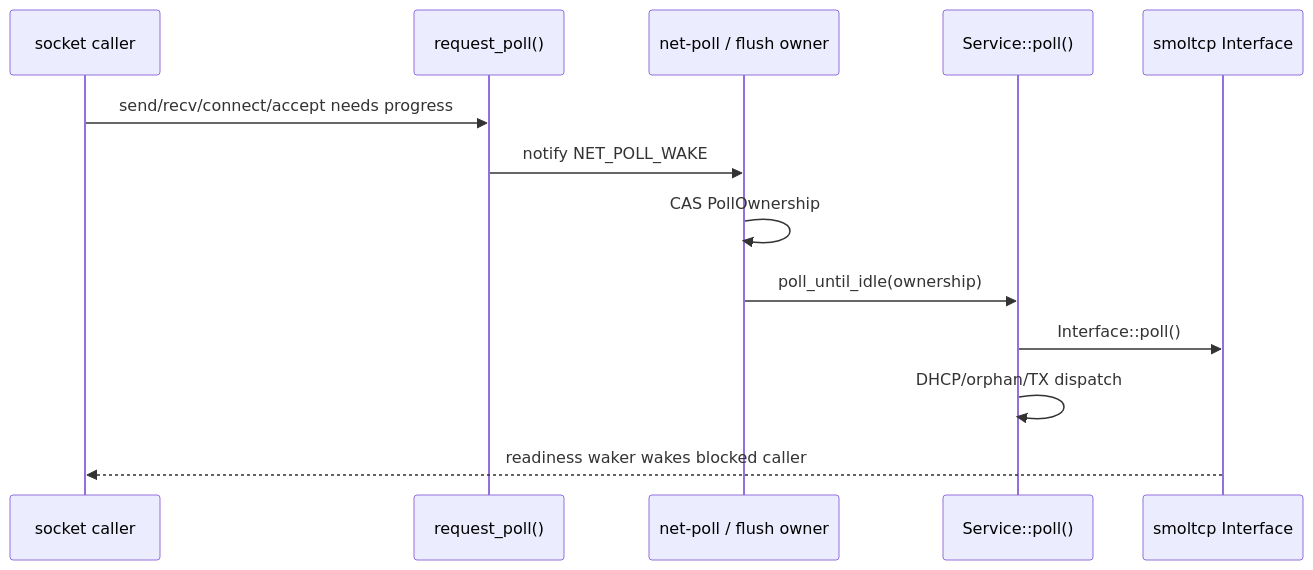
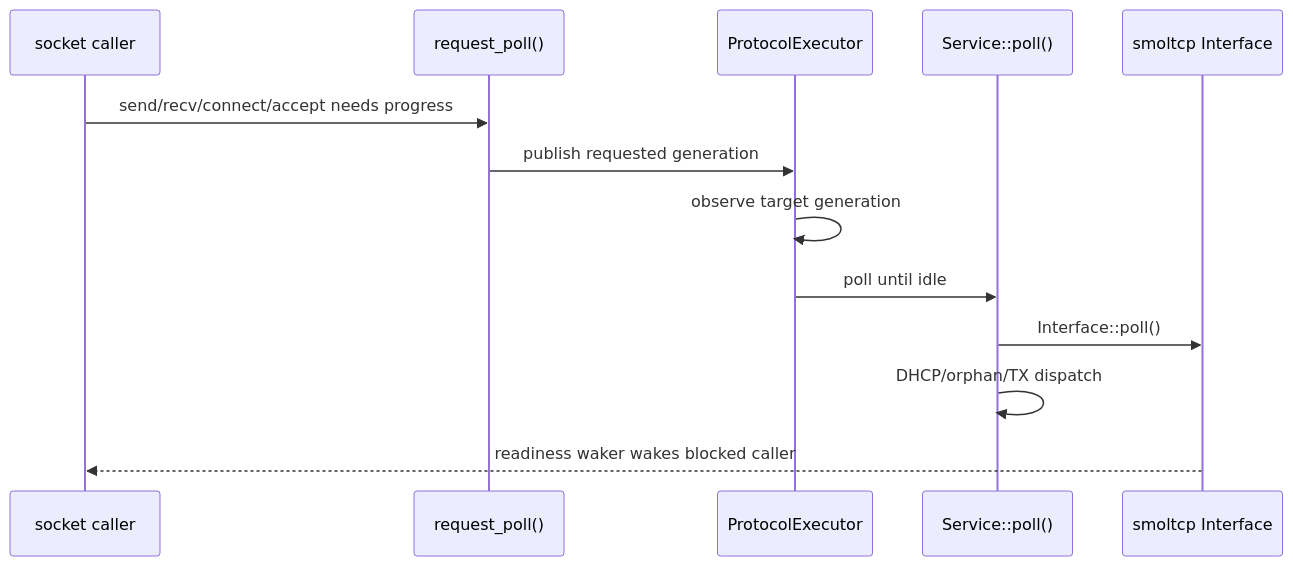
The first of 3 diagrams in docs/docs/architecture/net/architecture.md (451846939/tgoskits), drawn with Mermaid before and after one commit. The commit also changed other lines of this file and 99 other files, not shown here.

````diff
--- a/docs/docs/architecture/net/architecture.md
+++ b/docs/docs/architecture/net/architecture.md
@@ -171,16 +173,16 @@
 ```mermaid
 sequenceDiagram
     participant App as socket caller
     participant Wake as request_poll()
-    participant Worker as net-poll / flush owner
+    participant Worker as ProtocolExecutor
     participant Service as Service::poll()
     participant Smol as smoltcp Interface
 
     App->>Wake: send/recv/connect/accept needs progress
-    Wake->>Worker: notify NET_POLL_WAKE
-    Worker->>Worker: CAS PollOwnership
-    Worker->>Service: poll_until_idle(ownership)
+    Wake->>Worker: publish requested generation
+    Worker->>Worker: observe target generation
+    Worker->>Service: poll until idle
     Service->>Smol: Interface::poll()
     Service->>Service: DHCP/orphan/TX dispatch
     Smol-->>App: readiness waker wakes blocked caller
 ```
````
